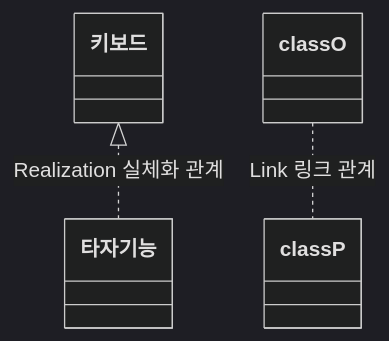
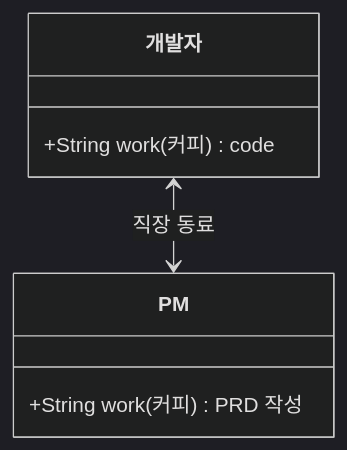
Before and after one commit to zerozoo-a/zerozoo-a.github.io: the fifth of 5 diagrams in content/blog/정처기/UML-class-digram-2.md, drawn with Mermaid. The commit also changed other lines of this file and 1 other file, not shown here.

````diff
--- a/content/blog/정처기/UML-class-digram-2.md
+++ b/content/blog/정처기/UML-class-digram-2.md
@@ -39,6 +123,15 @@
 ```mermaid
 %%{init: {'theme':'dark'}}%%
+
 classDiagram
-키보드 <|.. 타자기능: Realization 실체화 관계
-classO .. classP: Link 링크 관계
+
+class 개발자 {
+    +String work(커피)code
+}
+
+class PM {
+    +String work(커피)PRD 작성
+    }
+
+개발자 <--> PM: 직장 동료
 ```
````
